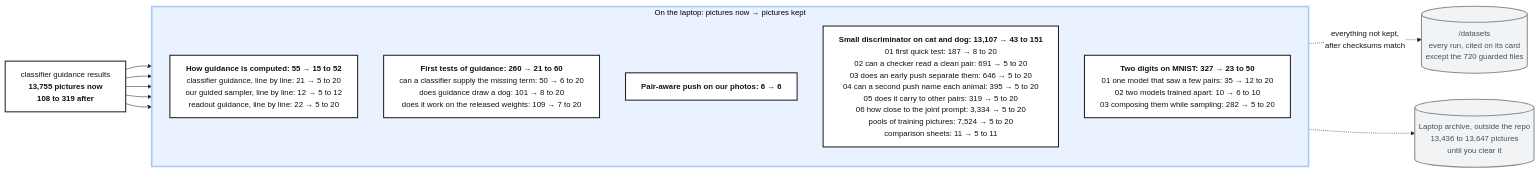
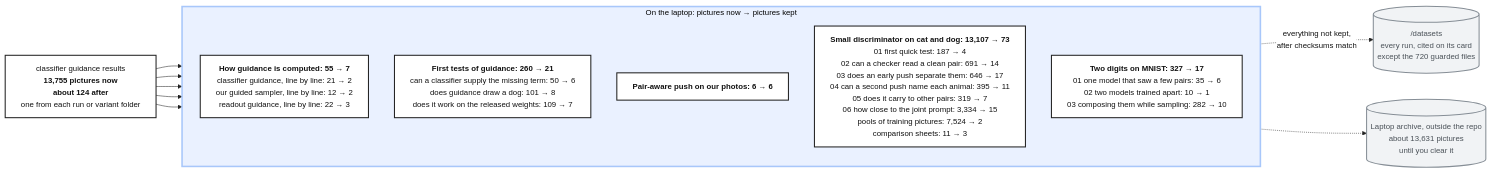
One commit to mo-rsa24/concept-composition changed the diagram in artifacts/notes/progress/organise-tree.mmd. Above: the diagram before and after it, drawn with Mermaid. The commit also changed 2 other files, not shown here.

Commit message:
Organise plan: keep one picture from each run or variant folder

```diff
--- a/artifacts/notes/progress/organise-tree.mmd
+++ b/artifacts/notes/progress/organise-tree.mmd
@@ -1,27 +1,27 @@
 %%{init: {'theme': 'base', 'flowchart': {'wrappingWidth': 760}, 'themeVariables': {'fontFamily': 'monospace', 'fontSize': '15px', 'primaryColor': '#ffffff', 'primaryBorderColor': '#222222', 'primaryTextColor': '#111111', 'lineColor': '#222222'}}}%%
 flowchart LR
   classDef plain fill:#ffffff,stroke:#222222,stroke-width:2px,color:#111111
   classDef out fill:#f1f3f5,stroke:#868e96,stroke-width:2px,color:#495057
 
-  R["classifier guidance results<br/><b>13,755 pictures now</b><br/><b>108 to 319 after</b>"]:::plain
+  R["classifier guidance results<br/><b>13,755 pictures now</b><br/><b>about 124 after</b><br/>one from each run or variant folder"]:::plain
 
   subgraph NEXT["On the laptop: pictures now → pictures kept"]
     direction TB
-    A["<b>How guidance is computed: 55 → 15 to 52</b><br/>classifier guidance, line by line: 21 → 5 to 20<br/>our guided sampler, line by line: 12 → 5 to 12<br/>readout guidance, line by line: 22 → 5 to 20"]:::plain
-    B["<b>First tests of guidance: 260 → 21 to 60</b><br/>can a classifier supply the missing term: 50 → 6 to 20<br/>does guidance draw a dog: 101 → 8 to 20<br/>does it work on the released weights: 109 → 7 to 20"]:::plain
+    A["<b>How guidance is computed: 55 → 7</b><br/>classifier guidance, line by line: 21 → 2<br/>our guided sampler, line by line: 12 → 2<br/>readout guidance, line by line: 22 → 3"]:::plain
+    B["<b>First tests of guidance: 260 → 21</b><br/>can a classifier supply the missing term: 50 → 6<br/>does guidance draw a dog: 101 → 8<br/>does it work on the released weights: 109 → 7"]:::plain
     C["<b>Pair-aware push on our photos: 6 → 6</b>"]:::plain
-    D["<b>Small discriminator on cat and dog: 13,107 → 43 to 151</b><br/>01 first quick test: 187 → 8 to 20<br/>02 can a checker read a clean pair: 691 → 5 to 20<br/>03 does an early push separate them: 646 → 5 to 20<br/>04 can a second push name each animal: 395 → 5 to 20<br/>05 does it carry to other pairs: 319 → 5 to 20<br/>06 how close to the joint prompt: 3,334 → 5 to 20<br/>pools of training pictures: 7,524 → 5 to 20<br/>comparison sheets: 11 → 5 to 11"]:::plain
-    E["<b>Two digits on MNIST: 327 → 23 to 50</b><br/>01 one model that saw a few pairs: 35 → 12 to 20<br/>02 two models trained apart: 10 → 6 to 10<br/>03 composing them while sampling: 282 → 5 to 20"]:::plain
+    D["<b>Small discriminator on cat and dog: 13,107 → 73</b><br/>01 first quick test: 187 → 4<br/>02 can a checker read a clean pair: 691 → 14<br/>03 does an early push separate them: 646 → 17<br/>04 can a second push name each animal: 395 → 11<br/>05 does it carry to other pairs: 319 → 7<br/>06 how close to the joint prompt: 3,334 → 15<br/>pools of training pictures: 7,524 → 2<br/>comparison sheets: 11 → 3"]:::plain
+    E["<b>Two digits on MNIST: 327 → 17</b><br/>01 one model that saw a few pairs: 35 → 6<br/>02 two models trained apart: 10 → 1<br/>03 composing them while sampling: 282 → 10"]:::plain
   end
 
   X[("/datasets<br/>every run, cited on its card<br/>except the 720 guarded files")]:::out
-  Y[("Laptop archive, outside the repo<br/>13,436 to 13,647 pictures<br/>until you clear it")]:::out
+  Y[("Laptop archive, outside the repo<br/>about 13,631 pictures<br/>until you clear it")]:::out
 
   R --> A
   R --> B
   R --> C
   R --> D
   R --> E
   NEXT -.->|"everything not kept,<br/>after checksums match"| X
   NEXT -.-> Y
   style NEXT fill:#eaf1ff,stroke:#a8c7fa,stroke-width:3px
```
